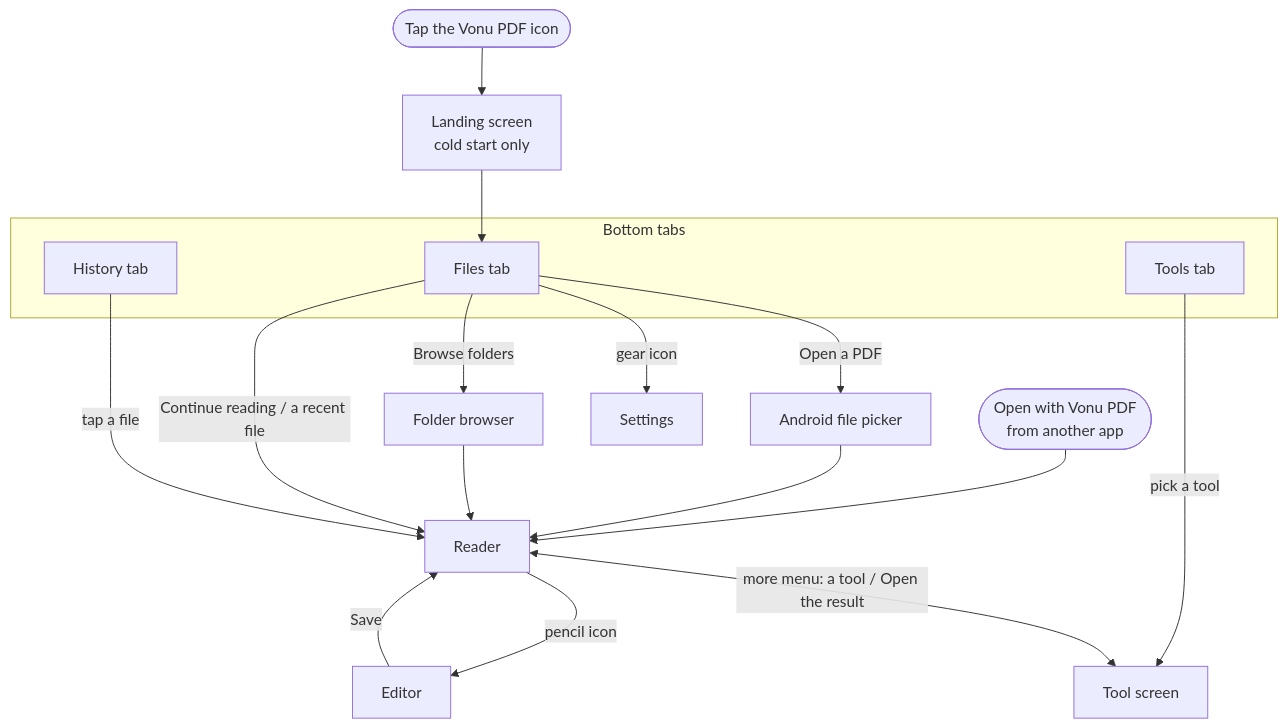
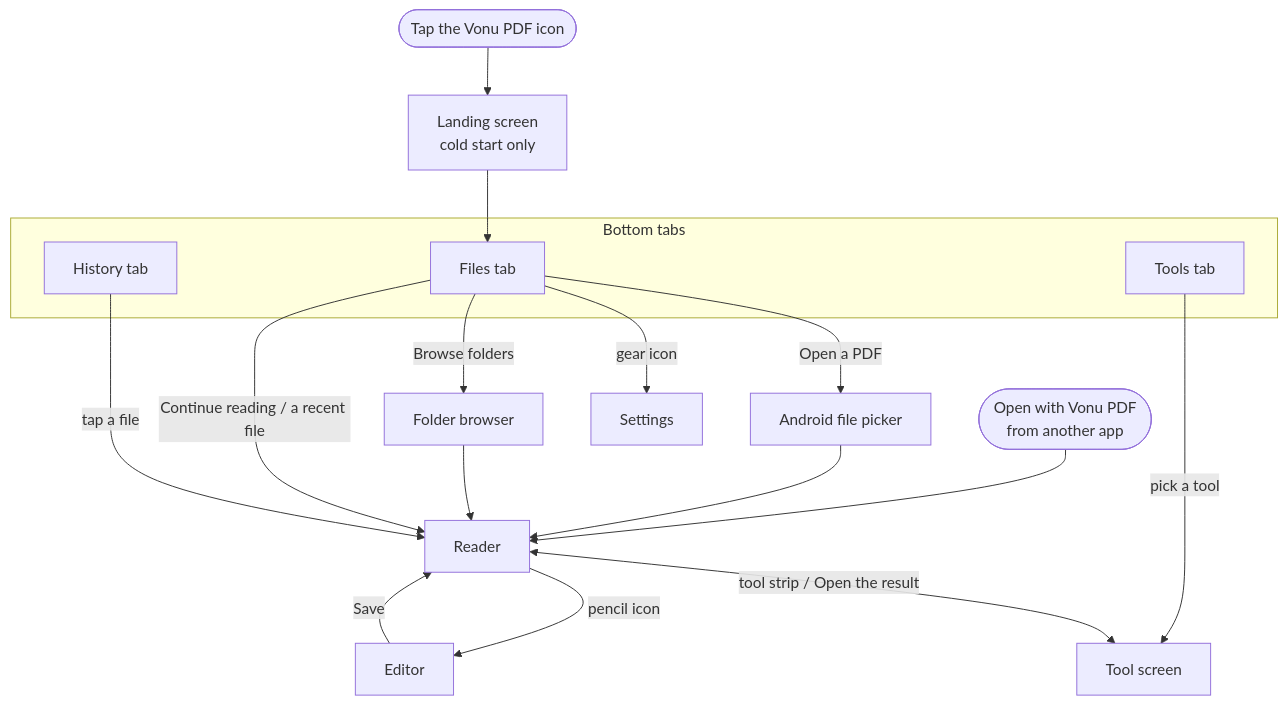
One commit to ElfIncredible/PDF_Reader changed the diagram in docs/flowcharts/1-navigation.mmd. Above: the diagram before and after it, drawn with Mermaid. The commit also changed 18 other files, not shown here.

First line of the commit message:
Reader: tool strip with the most-used tools, the rest under More

```diff
--- a/docs/flowcharts/1-navigation.mmd
+++ b/docs/flowcharts/1-navigation.mmd
@@ -1,21 +1,21 @@
 flowchart TD
     Launch([Tap the Vonu PDF icon]) --> Landing[Landing screen<br/>cold start only]
     Landing --> Files
     OpenWith([Open with Vonu PDF<br/>from another app]) --> Viewer
 
     subgraph Tabs [Bottom tabs]
         Files[Files tab]
         Tools[Tools tab]
         History[History tab]
     end
 
     Files -->|Open a PDF| Picker[Android file picker] --> Viewer
     Files -->|Browse folders| Browser[Folder browser] --> Viewer
     Files -->|Continue reading / a recent file| Viewer
     Files -->|gear icon| Settings[Settings]
     History -->|tap a file| Viewer
     Tools -->|pick a tool| ToolScreen[Tool screen]
 
     Viewer[Reader] -->|pencil icon| Editor[Editor]
     Editor -->|Save| Viewer
-    Viewer <-->|more menu: a tool / Open the result| ToolScreen
+    Viewer <-->|tool strip / Open the result| ToolScreen
```
